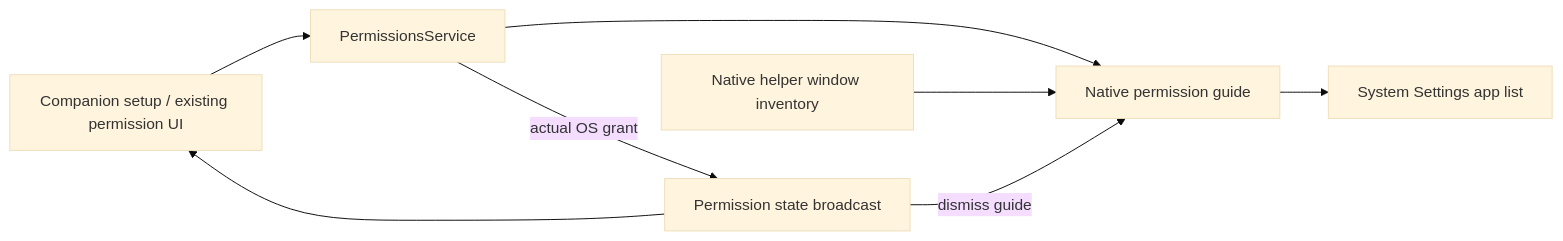
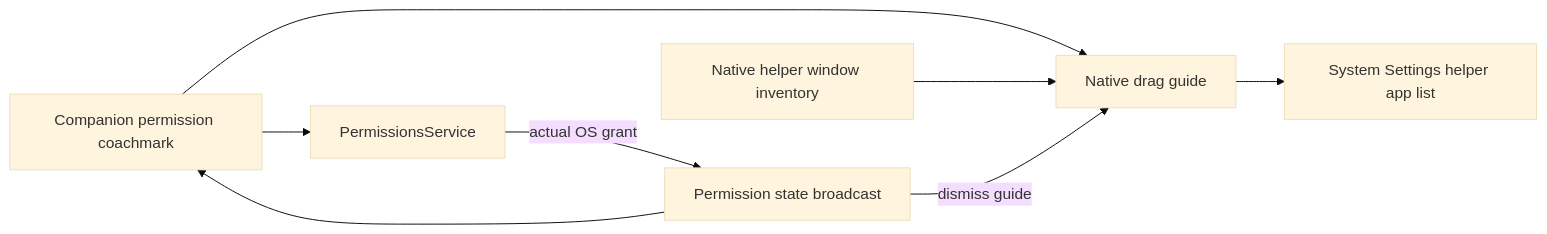
The fourth of 8 diagrams in ARCHITECTURE.md (vellum-ai/vellum-assistant), drawn with Mermaid (base theme) before and after one commit. The commit also changed other lines of this file and 37 other files, not shown here.

Commit message:
Integrate macOS permission guides into companion tour and yield to authentication

````diff
--- a/ARCHITECTURE.md
+++ b/ARCHITECTURE.md
@@ -825,10 +831,10 @@
 ```mermaid
 flowchart LR
-    SETUP["Companion setup / existing permission UI"] --> SERVICE["PermissionsService"]
-    SERVICE --> GUIDE["Native permission guide"]
-    GUIDE --> SETTINGS["System Settings app list"]
+    TOUR["Companion permission coachmark"] --> GUIDE["Native drag guide"]
+    TOUR --> SERVICE["PermissionsService"]
+    GUIDE --> SETTINGS["System Settings helper app list"]
     HELPER["Native helper window inventory"] --> GUIDE
     SERVICE -->|actual OS grant| STATE["Permission state broadcast"]
-    STATE --> SETUP
+    STATE --> TOUR
     STATE -->|dismiss guide| GUIDE
 ```
````
